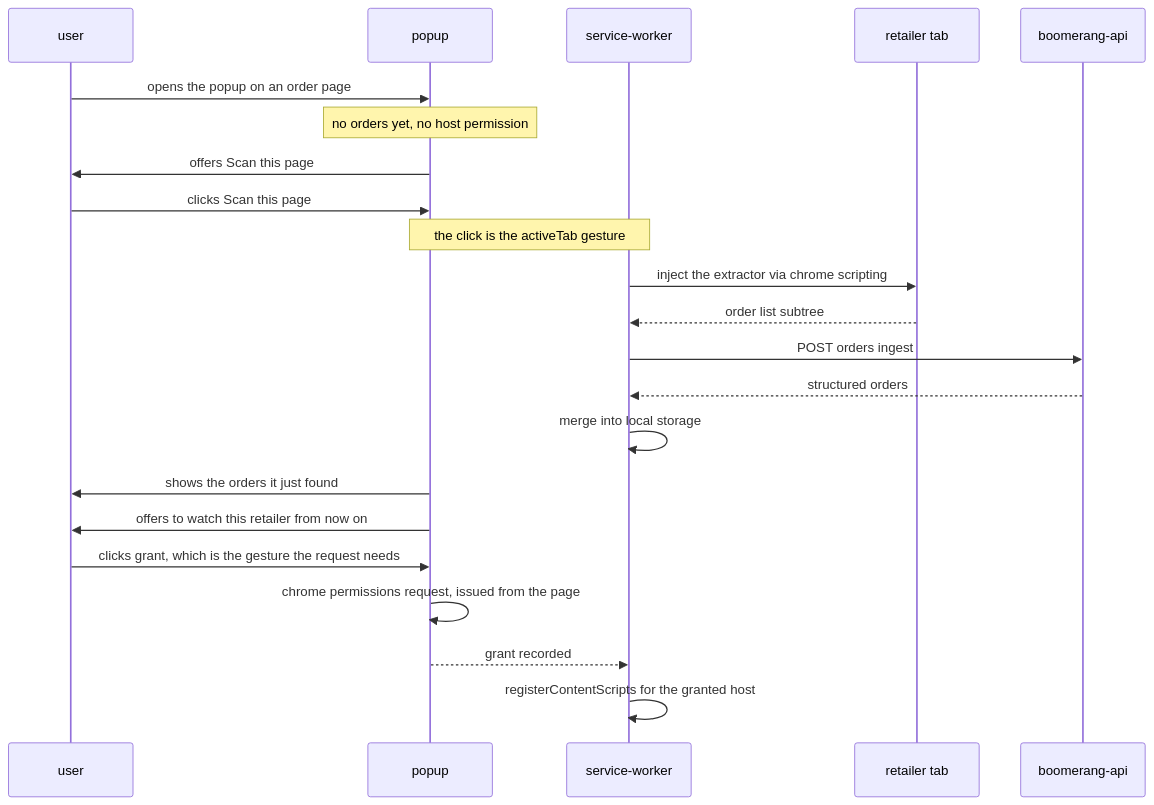
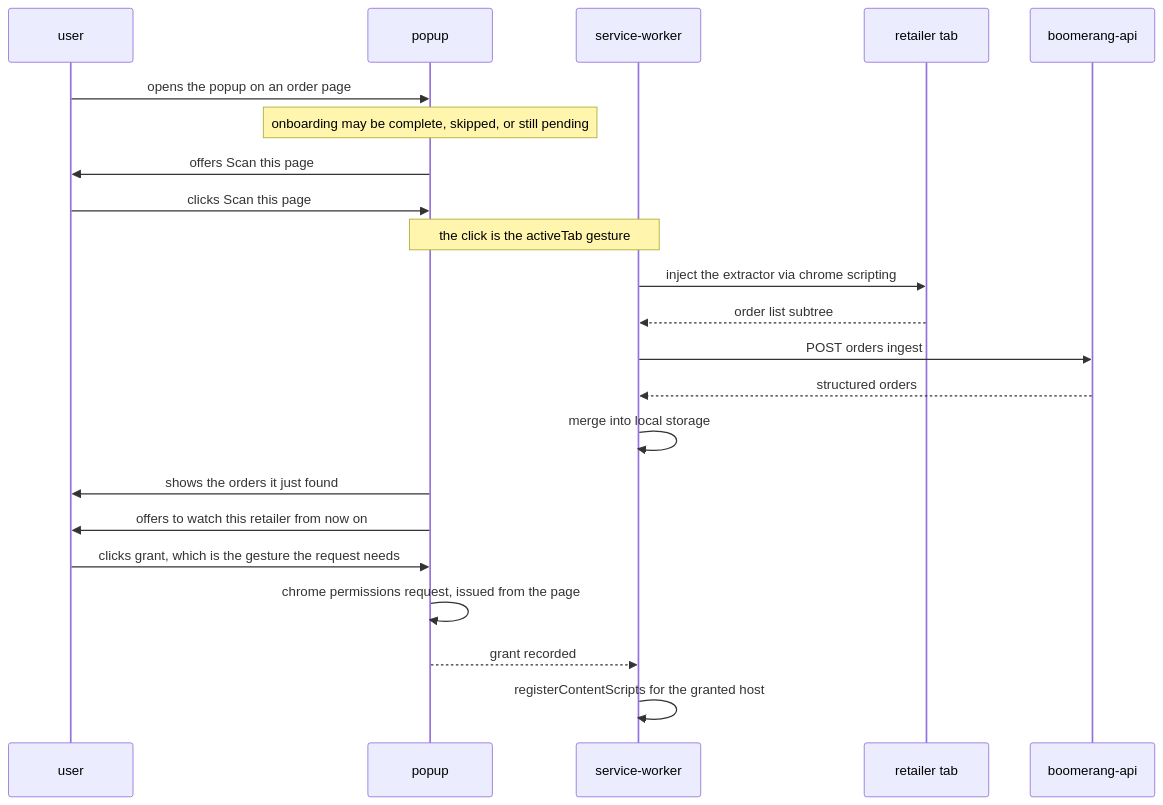
The third of 8 diagrams in design/boomerang-high-level-design.md (jacklvd/boomerang), drawn with Mermaid before and after one commit. The commit also changed other lines of this file and 63 other files, not shown here.

Commit message:
retailer-flow spike documentation + retargeted workflow

````diff
--- a/design/boomerang-high-level-design.md
+++ b/design/boomerang-high-level-design.md
@@ -479,25 +495,25 @@
 ```mermaid
 sequenceDiagram
     participant USER as user
     participant POPUP as popup
     participant SW as service-worker
     participant TAB as retailer tab
     participant API as boomerang-api
 
     USER->>POPUP: opens the popup on an order page
-    Note over POPUP: no orders yet, no host permission
+    Note over POPUP: onboarding may be complete, skipped, or still pending
     POPUP->>USER: offers Scan this page
     USER->>POPUP: clicks Scan this page
     Note over POPUP,SW: the click is the activeTab gesture
     SW->>TAB: inject the extractor via chrome scripting
     TAB-->>SW: order list subtree
     SW->>API: POST orders ingest
     API-->>SW: structured orders
     SW->>SW: merge into local storage
     POPUP->>USER: shows the orders it just found
     POPUP->>USER: offers to watch this retailer from now on
     USER->>POPUP: clicks grant, which is the gesture the request needs
     POPUP->>POPUP: chrome permissions request, issued from the page
     POPUP-->>SW: grant recorded
     SW->>SW: registerContentScripts for the granted host
 ```
````
